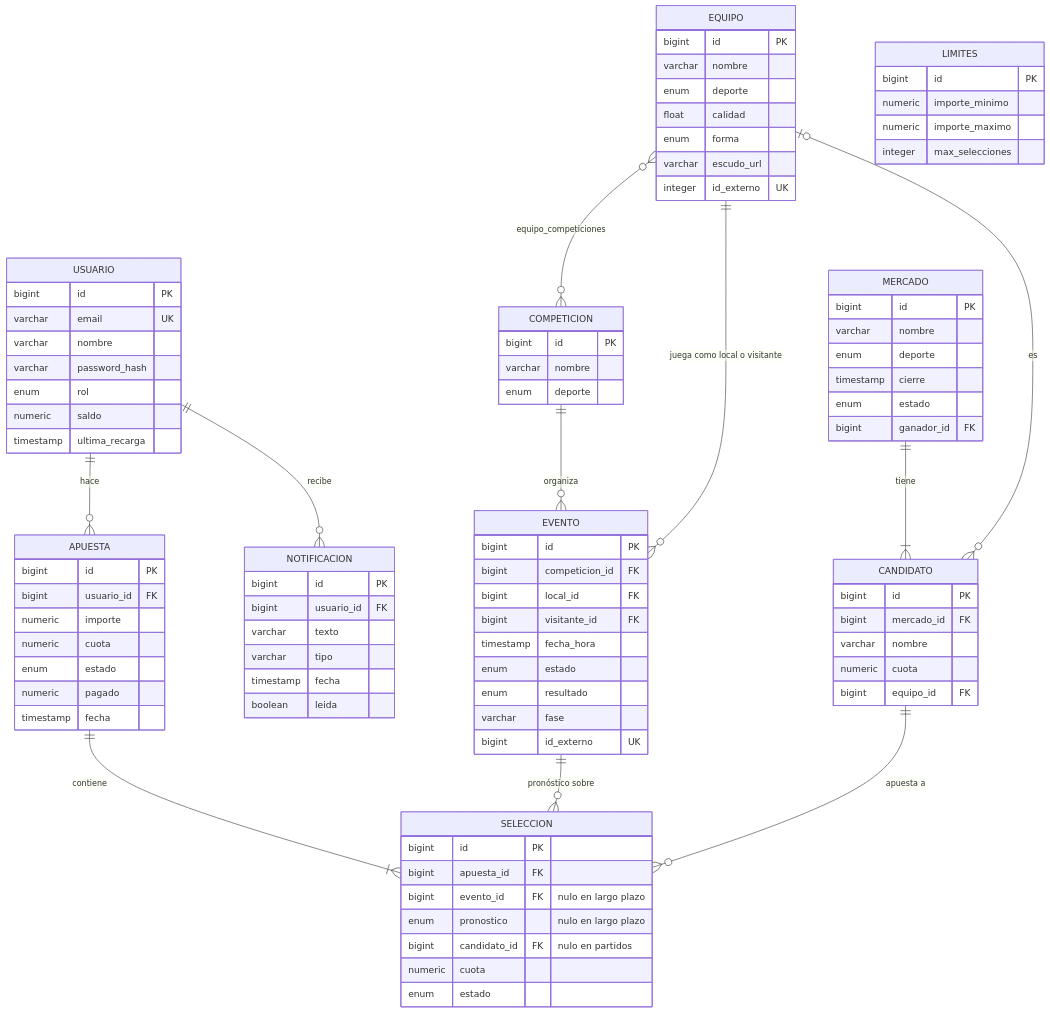
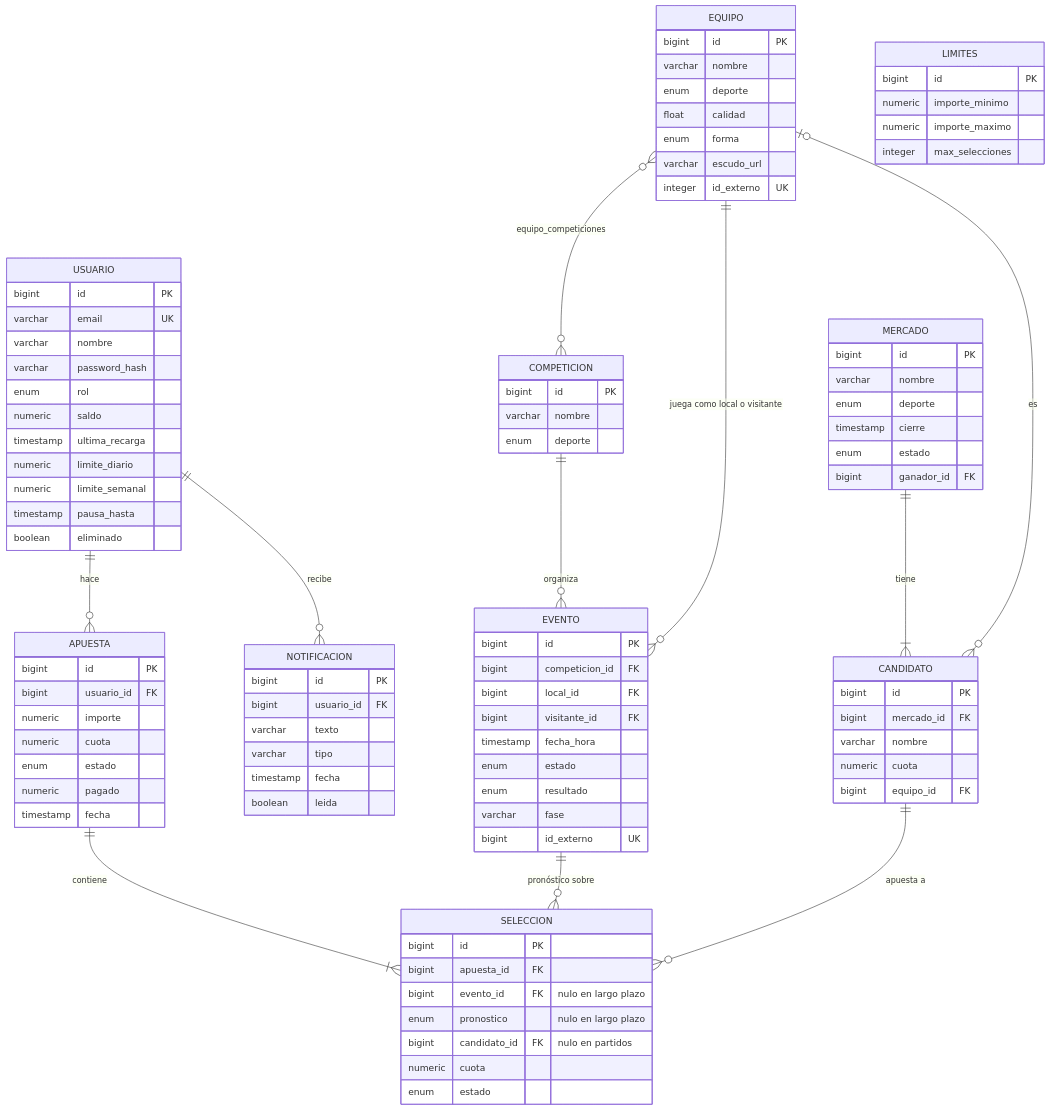
One commit to riverri/IS1 changed the ninth of 9 diagrams in docs/diseno/uml.md. Above: the diagram before and after it, drawn with Mermaid. The commit also changed other lines of this file and 34 other files, not shown here.

```diff
--- a/docs/diseno/uml.md
+++ b/docs/diseno/uml.md
@@ -404,6 +416,10 @@
         enum rol
         numeric saldo
         timestamp ultima_recarga
+        numeric limite_diario
+        numeric limite_semanal
+        timestamp pausa_hasta
+        boolean eliminado
     }
     APUESTA {
         bigint id PK
```
